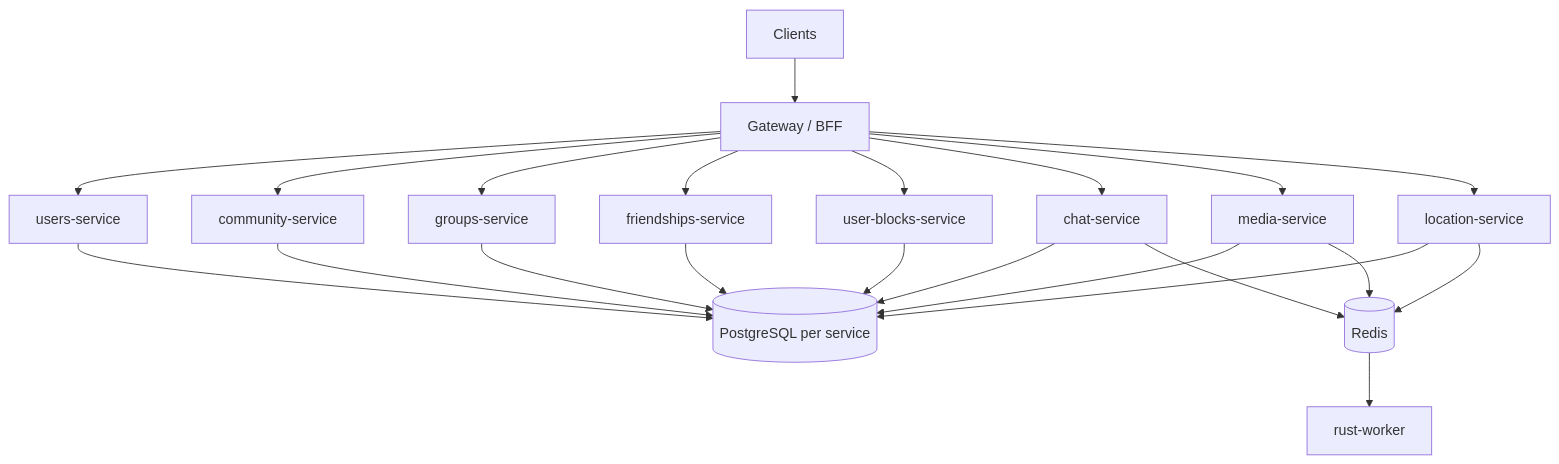
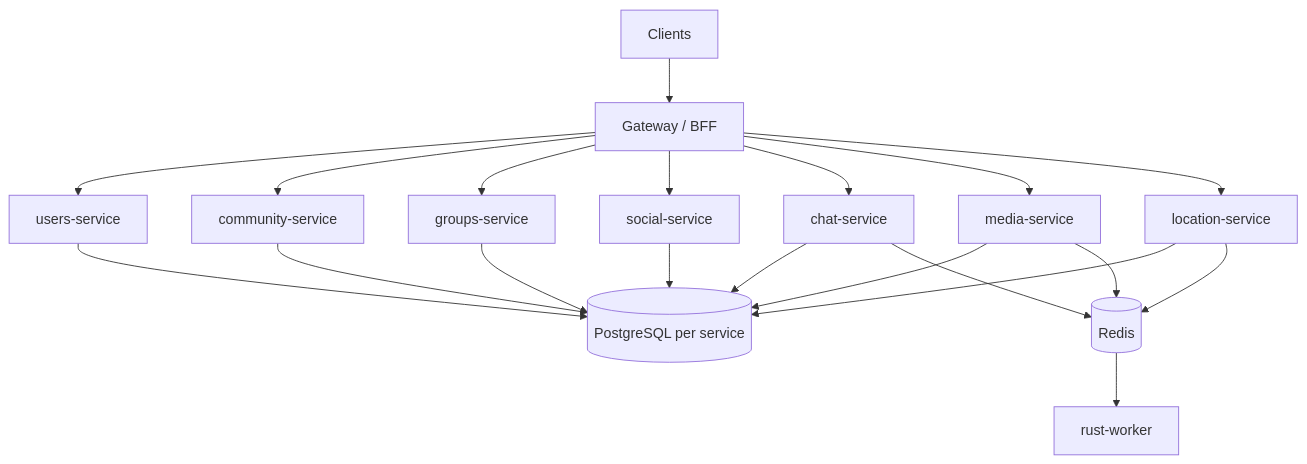
One commit to Atsilut/Tangle-study changed the second of 2 diagrams in docs/ARCHITECTURE.md. Above: the diagram before and after it, drawn with Mermaid. The commit also changed 12 other files, not shown here.

Commit message:
chore: wire social-service into Compose, nginx, CI, and docs Include Social and Social.Tests in the solution, default test runs, and gateway routing, and document the social-service boundary.

````diff
--- a/docs/ARCHITECTURE.md
+++ b/docs/ARCHITECTURE.md
@@ -140,38 +140,35 @@
 ```mermaid
 flowchart TB
   Clients["Clients"]
   GW["Gateway / BFF"]
   Users["users-service"]
   Community["community-service"]
   Groups["groups-service"]
-  Friendships["friendships-service"]
-  UserBlocks["user-blocks-service"]
+  Social["social-service"]
   Chat["chat-service"]
   Media["media-service"]
   Location["location-service"]
   PG[(PostgreSQL per service)]
   Redis[(Redis)]
   Worker["rust-worker"]
 
   Clients --> GW
   GW --> Users
   GW --> Community
   GW --> Groups
-  GW --> Friendships
-  GW --> UserBlocks
+  GW --> Social
   GW --> Chat
   GW --> Media
   GW --> Location
   Users --> PG
   Community --> PG
   Groups --> PG
-  Friendships --> PG
-  UserBlocks --> PG
+  Social --> PG
   Chat --> PG
   Media --> PG
   Location --> PG
   Chat --> Redis
   Location --> Redis
   Media --> Redis
   Redis --> Worker
 ```
````
